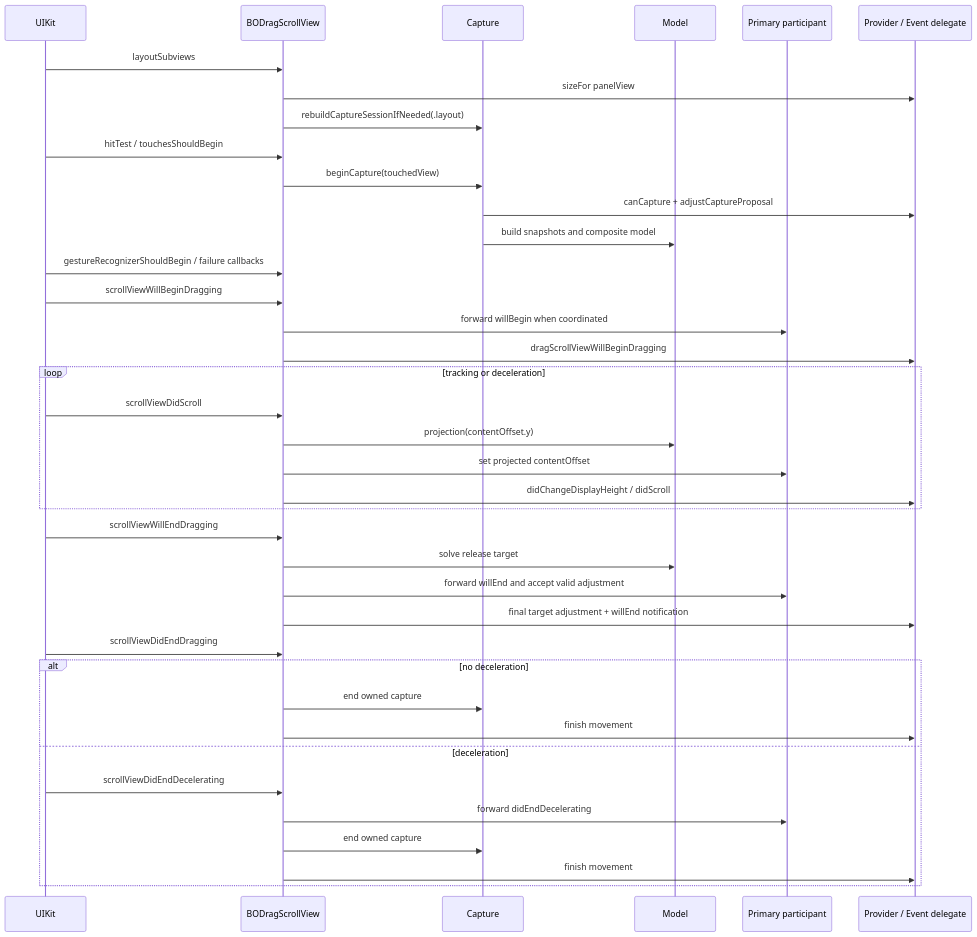
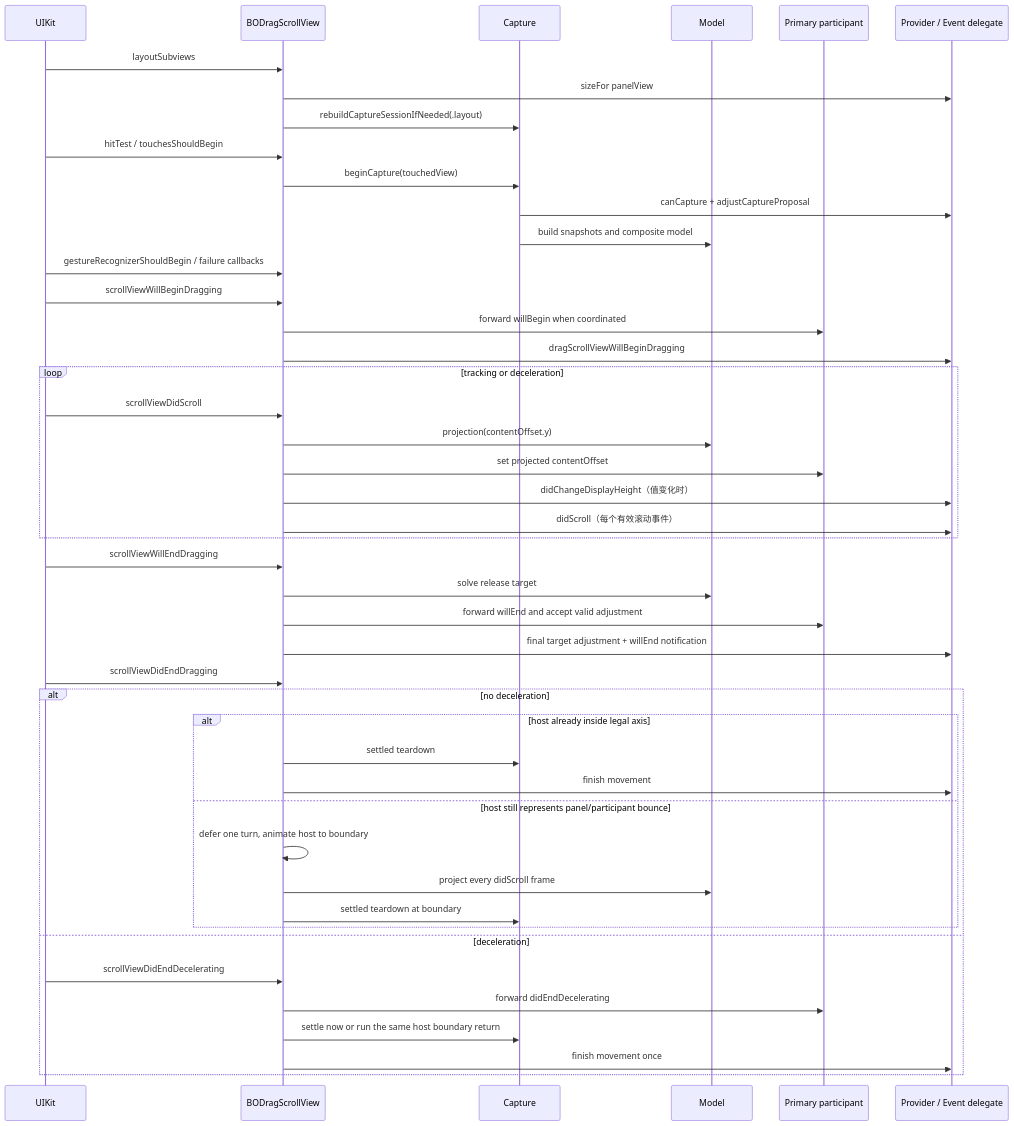
One commit to chbo297/BODragScroll changed the diagram in docs/INTERACTION_LIFECYCLE.md. Above: the diagram before and after it, drawn with Mermaid. The commit also changed other lines of this file and 19 other files, not shown here.

````diff
--- a/docs/INTERACTION_LIFECYCLE.md
+++ b/docs/INTERACTION_LIFECYCLE.md
@@ -21,46 +21,53 @@
 ```mermaid
 sequenceDiagram
     participant UIKit
     participant Host as BODragScrollView
     participant Capture
     participant Model
     participant Inner as Primary participant
     participant Client as Provider / Event delegate
 
     UIKit->>Host: layoutSubviews
     Host->>Client: sizeFor panelView
     Host->>Capture: rebuildCaptureSessionIfNeeded(.layout)
 
     UIKit->>Host: hitTest / touchesShouldBegin
     Host->>Capture: beginCapture(touchedView)
     Capture->>Client: canCapture + adjustCaptureProposal
     Capture->>Model: build snapshots and composite model
 
     UIKit->>Host: gestureRecognizerShouldBegin / failure callbacks
     UIKit->>Host: scrollViewWillBeginDragging
     Host->>Inner: forward willBegin when coordinated
     Host->>Client: dragScrollViewWillBeginDragging
 
     loop tracking or deceleration
         UIKit->>Host: scrollViewDidScroll
         Host->>Model: projection(contentOffset.y)
         Host->>Inner: set projected contentOffset
-        Host->>Client: didChangeDisplayHeight / didScroll
+        Host->>Client: didChangeDisplayHeight（值变化时）
+        Host->>Client: didScroll（每个有效滚动事件）
     end
 
     UIKit->>Host: scrollViewWillEndDragging
     Host->>Model: solve release target
     Host->>Inner: forward willEnd and accept valid adjustment
     Host->>Client: final target adjustment + willEnd notification
 
     UIKit->>Host: scrollViewDidEndDragging
     alt no deceleration
-        Host->>Capture: end owned capture
-        Host->>Client: finish movement
+        alt host already inside legal axis
+            Host->>Capture: settled teardown
+            Host->>Client: finish movement
+        else host still represents panel/participant bounce
+            Host->>Host: defer one turn, animate host to boundary
+            Host->>Model: project every didScroll frame
+            Host->>Capture: settled teardown at boundary
+        end
     else deceleration
         UIKit->>Host: scrollViewDidEndDecelerating
         Host->>Inner: forward didEndDecelerating
-        Host->>Capture: end owned capture
-        Host->>Client: finish movement
+        Host->>Capture: settle now or run the same host boundary return
+        Host->>Client: finish movement once
     end
 ```
````
